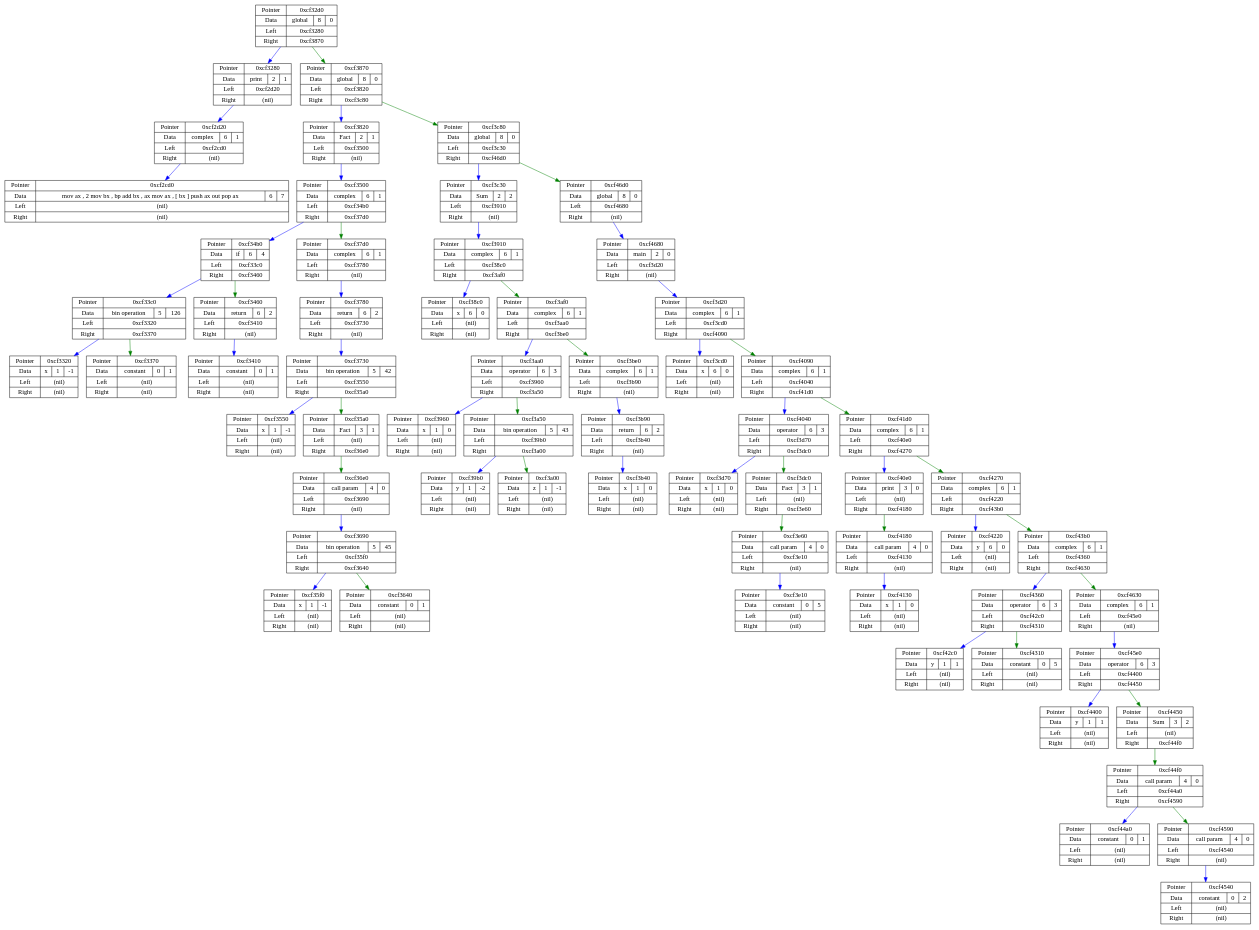
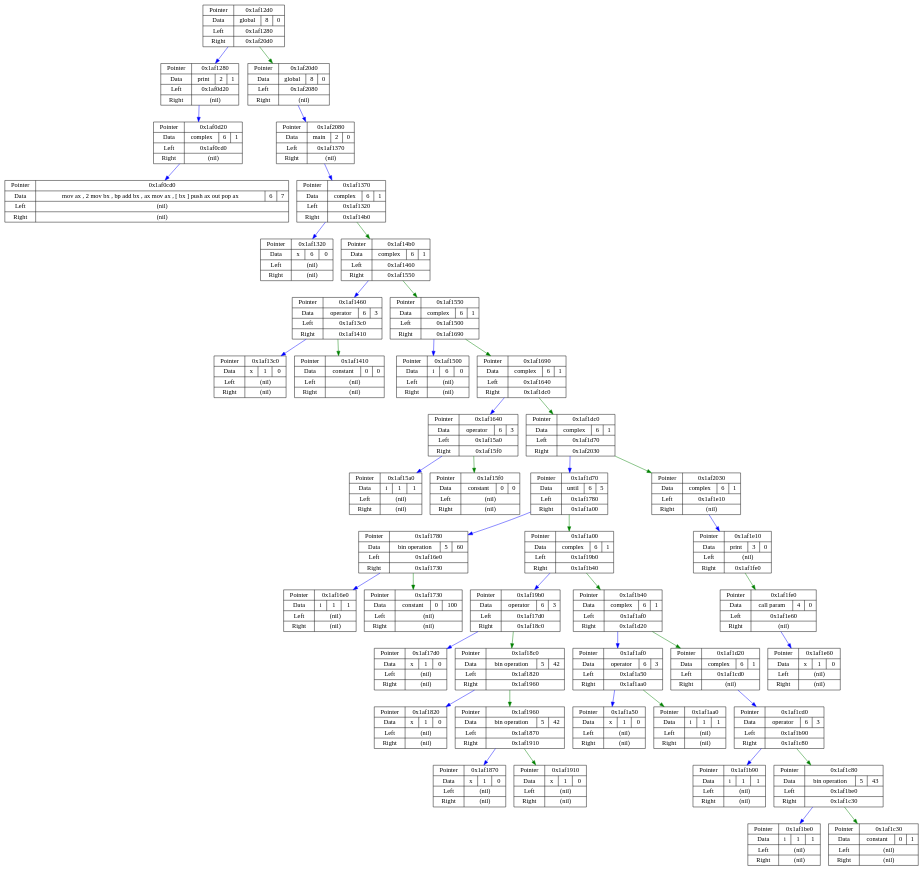
Before and after one commit to E3798211/JIT: the diagram in Junk/dotdata.dot, drawn with Graphviz. The commit also changed 6 other files, not shown here.

```diff
--- a/Junk/dotdata.dot
+++ b/Junk/dotdata.dot
@@ -1,134 +1,98 @@
 digraph G {
 node[shape = record];
-13578960  [label = "{ Pointer | Data | Left | Right }  | { 0xcf32d0 | { global | 8 | 0 } | 0xcf3280 | 0xcf3870 }"];
-13578880  [label = "{ Pointer | Data | Left | Right }  | { 0xcf3280 | { print | 2 | 1 } | 0xcf2d20 | (nil) }"];
-13577504  [label = "{ Pointer | Data | Left | Right }  | { 0xcf2d20 | { complex | 6 | 1 } | 0xcf2cd0 | (nil) }"];
-13577424  [label = "{ Pointer | Data | Left | Right }  | { 0xcf2cd0 | { mov  ax , 2
+28250832  [label = "{ Pointer | Data | Left | Right }  | { 0x1af12d0 | { global | 8 | 0 } | 0x1af1280 | 0x1af20d0 }"];
+28250752  [label = "{ Pointer | Data | Left | Right }  | { 0x1af1280 | { print | 2 | 1 } | 0x1af0d20 | (nil) }"];
+28249376  [label = "{ Pointer | Data | Left | Right }  | { 0x1af0d20 | { complex | 6 | 1 } | 0x1af0cd0 | (nil) }"];
+28249296  [label = "{ Pointer | Data | Left | Right }  | { 0x1af0cd0 | { mov  ax , 2
 	 mov  bx , bp
 	 add  bx , ax
 	 mov  ax , [ bx ]
 	 push ax
 	 out
 	 pop  ax | 6 | 7 } | (nil) | (nil) }"];
-13580400  [label = "{ Pointer | Data | Left | Right }  | { 0xcf3870 | { global | 8 | 0 } | 0xcf3820 | 0xcf3c80 }"];
-13580320  [label = "{ Pointer | Data | Left | Right }  | { 0xcf3820 | { Fact | 2 | 1 } | 0xcf3500 | (nil) }"];
-13579520  [label = "{ Pointer | Data | Left | Right }  | { 0xcf3500 | { complex | 6 | 1 } | 0xcf34b0 | 0xcf37d0 }"];
-13579440  [label = "{ Pointer | Data | Left | Right }  | { 0xcf34b0 | { if | 6 | 4 } | 0xcf33c0 | 0xcf3460 }"];
-13579200  [label = "{ Pointer | Data | Left | Right }  | { 0xcf33c0 | { bin operation | 5 | 126 } | 0xcf3320 | 0xcf3370 }"];
-13579040  [label = "{ Pointer | Data | Left | Right }  | { 0xcf3320 | { x | 1 | -1 } | (nil) | (nil) }"];
-13579120  [label = "{ Pointer | Data | Left | Right }  | { 0xcf3370 | { constant | 0 | 1 } | (nil) | (nil) }"];
-13579360  [label = "{ Pointer | Data | Left | Right }  | { 0xcf3460 | { return | 6 | 2 } | 0xcf3410 | (nil) }"];
-13579280  [label = "{ Pointer | Data | Left | Right }  | { 0xcf3410 | { constant | 0 | 1 } | (nil) | (nil) }"];
-13580240  [label = "{ Pointer | Data | Left | Right }  | { 0xcf37d0 | { complex | 6 | 1 } | 0xcf3780 | (nil) }"];
-13580160  [label = "{ Pointer | Data | Left | Right }  | { 0xcf3780 | { return | 6 | 2 } | 0xcf3730 | (nil) }"];
-13580080  [label = "{ Pointer | Data | Left | Right }  | { 0xcf3730 | { bin operation | 5 | 42 } | 0xcf3550 | 0xcf35a0 }"];
-13579600  [label = "{ Pointer | Data | Left | Right }  | { 0xcf3550 | { x | 1 | -1 } | (nil) | (nil) }"];
-13579680  [label = "{ Pointer | Data | Left | Right }  | { 0xcf35a0 | { Fact | 3 | 1 } | (nil) | 0xcf36e0 }"];
-13580000  [label = "{ Pointer | Data | Left | Right }  | { 0xcf36e0 | { call param | 4 | 0 } | 0xcf3690 | (nil) }"];
-13579920  [label = "{ Pointer | Data | Left | Right }  | { 0xcf3690 | { bin operation | 5 | 45 } | 0xcf35f0 | 0xcf3640 }"];
-13579760  [label = "{ Pointer | Data | Left | Right }  | { 0xcf35f0 | { x | 1 | -1 } | (nil) | (nil) }"];
-13579840  [label = "{ Pointer | Data | Left | Right }  | { 0xcf3640 | { constant | 0 | 1 } | (nil) | (nil) }"];
-13581440  [label = "{ Pointer | Data | Left | Right }  | { 0xcf3c80 | { global | 8 | 0 } | 0xcf3c30 | 0xcf46d0 }"];
-13581360  [label = "{ Pointer | Data | Left | Right }  | { 0xcf3c30 | { Sum | 2 | 2 } | 0xcf3910 | (nil) }"];
-13580560  [label = "{ Pointer | Data | Left | Right }  | { 0xcf3910 | { complex | 6 | 1 } | 0xcf38c0 | 0xcf3af0 }"];
-13580480  [label = "{ Pointer | Data | Left | Right }  | { 0xcf38c0 | { x | 6 | 0 } | (nil) | (nil) }"];
-13581040  [label = "{ Pointer | Data | Left | Right }  | { 0xcf3af0 | { complex | 6 | 1 } | 0xcf3aa0 | 0xcf3be0 }"];
-13580960  [label = "{ Pointer | Data | Left | Right }  | { 0xcf3aa0 | { operator | 6 | 3 } | 0xcf3960 | 0xcf3a50 }"];
-13580640  [label = "{ Pointer | Data | Left | Right }  | { 0xcf3960 | { x | 1 | 0 } | (nil) | (nil) }"];
-13580880  [label = "{ Pointer | Data | Left | Right }  | { 0xcf3a50 | { bin operation | 5 | 43 } | 0xcf39b0 | 0xcf3a00 }"];
-13580720  [label = "{ Pointer | Data | Left | Right }  | { 0xcf39b0 | { y | 1 | -2 } | (nil) | (nil) }"];
-13580800  [label = "{ Pointer | Data | Left | Right }  | { 0xcf3a00 | { z | 1 | -1 } | (nil) | (nil) }"];
-13581280  [label = "{ Pointer | Data | Left | Right }  | { 0xcf3be0 | { complex | 6 | 1 } | 0xcf3b90 | (nil) }"];
-13581200  [label = "{ Pointer | Data | Left | Right }  | { 0xcf3b90 | { return | 6 | 2 } | 0xcf3b40 | (nil) }"];
-13581120  [label = "{ Pointer | Data | Left | Right }  | { 0xcf3b40 | { x | 1 | 0 } | (nil) | (nil) }"];
-13584080  [label = "{ Pointer | Data | Left | Right }  | { 0xcf46d0 | { global | 8 | 0 } | 0xcf4680 | (nil) }"];
-13584000  [label = "{ Pointer | Data | Left | Right }  | { 0xcf4680 | { main | 2 | 0 } | 0xcf3d20 | (nil) }"];
-13581600  [label = "{ Pointer | Data | Left | Right }  | { 0xcf3d20 | { complex | 6 | 1 } | 0xcf3cd0 | 0xcf4090 }"];
-13581520  [label = "{ Pointer | Data | Left | Right }  | { 0xcf3cd0 | { x | 6 | 0 } | (nil) | (nil) }"];
-13582480  [label = "{ Pointer | Data | Left | Right }  | { 0xcf4090 | { complex | 6 | 1 } | 0xcf4040 | 0xcf41d0 }"];
-13582400  [label = "{ Pointer | Data | Left | Right }  | { 0xcf4040 | { operator | 6 | 3 } | 0xcf3d70 | 0xcf3dc0 }"];
-13581680  [label = "{ Pointer | Data | Left | Right }  | { 0xcf3d70 | { x | 1 | 0 } | (nil) | (nil) }"];
-13581760  [label = "{ Pointer | Data | Left | Right }  | { 0xcf3dc0 | { Fact | 3 | 1 } | (nil) | 0xcf3e60 }"];
-13581920  [label = "{ Pointer | Data | Left | Right }  | { 0xcf3e60 | { call param | 4 | 0 } | 0xcf3e10 | (nil) }"];
-13581840  [label = "{ Pointer | Data | Left | Right }  | { 0xcf3e10 | { constant | 0 | 5 } | (nil) | (nil) }"];
-13582800  [label = "{ Pointer | Data | Left | Right }  | { 0xcf41d0 | { complex | 6 | 1 } | 0xcf40e0 | 0xcf4270 }"];
-13582560  [label = "{ Pointer | Data | Left | Right }  | { 0xcf40e0 | { print | 3 | 0 } | (nil) | 0xcf4180 }"];
-13582720  [label = "{ Pointer | Data | Left | Right }  | { 0xcf4180 | { call param | 4 | 0 } | 0xcf4130 | (nil) }"];
-13582640  [label = "{ Pointer | Data | Left | Right }  | { 0xcf4130 | { x | 1 | 0 } | (nil) | (nil) }"];
-13582960  [label = "{ Pointer | Data | Left | Right }  | { 0xcf4270 | { complex | 6 | 1 } | 0xcf4220 | 0xcf43b0 }"];
-13582880  [label = "{ Pointer | Data | Left | Right }  | { 0xcf4220 | { y | 6 | 0 } | (nil) | (nil) }"];
-13583280  [label = "{ Pointer | Data | Left | Right }  | { 0xcf43b0 | { complex | 6 | 1 } | 0xcf4360 | 0xcf4630 }"];
-13583200  [label = "{ Pointer | Data | Left | Right }  | { 0xcf4360 | { operator | 6 | 3 } | 0xcf42c0 | 0xcf4310 }"];
-13583040  [label = "{ Pointer | Data | Left | Right }  | { 0xcf42c0 | { y | 1 | 1 } | (nil) | (nil) }"];
-13583120  [label = "{ Pointer | Data | Left | Right }  | { 0xcf4310 | { constant | 0 | 5 } | (nil) | (nil) }"];
-13583920  [label = "{ Pointer | Data | Left | Right }  | { 0xcf4630 | { complex | 6 | 1 } | 0xcf45e0 | (nil) }"];
-13583840  [label = "{ Pointer | Data | Left | Right }  | { 0xcf45e0 | { operator | 6 | 3 } | 0xcf4400 | 0xcf4450 }"];
-13583360  [label = "{ Pointer | Data | Left | Right }  | { 0xcf4400 | { y | 1 | 1 } | (nil) | (nil) }"];
-13583440  [label = "{ Pointer | Data | Left | Right }  | { 0xcf4450 | { Sum | 3 | 2 } | (nil) | 0xcf44f0 }"];
-13583600  [label = "{ Pointer | Data | Left | Right }  | { 0xcf44f0 | { call param | 4 | 0 } | 0xcf44a0 | 0xcf4590 }"];
-13583520  [label = "{ Pointer | Data | Left | Right }  | { 0xcf44a0 | { constant | 0 | 1 } | (nil) | (nil) }"];
-13583760  [label = "{ Pointer | Data | Left | Right }  | { 0xcf4590 | { call param | 4 | 0 } | 0xcf4540 | (nil) }"];
-13583680  [label = "{ Pointer | Data | Left | Right }  | { 0xcf4540 | { constant | 0 | 2 } | (nil) | (nil) }"];
-13578960 -> 13578880 [color = blue];
-13578960 -> 13580400 [color = green];
-13578880 -> 13577504 [color = blue];
-13577504 -> 13577424 [color = blue];
-13580400 -> 13580320 [color = blue];
-13580400 -> 13581440 [color = green];
-13580320 -> 13579520 [color = blue];
-13579520 -> 13579440 [color = blue];
-13579520 -> 13580240 [color = green];
-13579440 -> 13579200 [color = blue];
-13579440 -> 13579360 [color = green];
-13579200 -> 13579040 [color = blue];
-13579200 -> 13579120 [color = green];
-13579360 -> 13579280 [color = blue];
-13580240 -> 13580160 [color = blue];
-13580160 -> 13580080 [color = blue];
-13580080 -> 13579600 [color = blue];
-13580080 -> 13579680 [color = green];
-13579680 -> 13580000 [color = green];
-13580000 -> 13579920 [color = blue];
-13579920 -> 13579760 [color = blue];
-13579920 -> 13579840 [color = green];
-13581440 -> 13581360 [color = blue];
-13581440 -> 13584080 [color = green];
-13581360 -> 13580560 [color = blue];
-13580560 -> 13580480 [color = blue];
-13580560 -> 13581040 [color = green];
-13581040 -> 13580960 [color = blue];
-13581040 -> 13581280 [color = green];
-13580960 -> 13580640 [color = blue];
-13580960 -> 13580880 [color = green];
-13580880 -> 13580720 [color = blue];
-13580880 -> 13580800 [color = green];
-13581280 -> 13581200 [color = blue];
-13581200 -> 13581120 [color = blue];
-13584080 -> 13584000 [color = blue];
-13584000 -> 13581600 [color = blue];
-13581600 -> 13581520 [color = blue];
-13581600 -> 13582480 [color = green];
-13582480 -> 13582400 [color = blue];
-13582480 -> 13582800 [color = green];
-13582400 -> 13581680 [color = blue];
-13582400 -> 13581760 [color = green];
-13581760 -> 13581920 [color = green];
-13581920 -> 13581840 [color = blue];
-13582800 -> 13582560 [color = blue];
-13582800 -> 13582960 [color = green];
-13582560 -> 13582720 [color = green];
-13582720 -> 13582640 [color = blue];
-13582960 -> 13582880 [color = blue];
-13582960 -> 13583280 [color = green];
-13583280 -> 13583200 [color = blue];
-13583280 -> 13583920 [color = green];
-13583200 -> 13583040 [color = blue];
-13583200 -> 13583120 [color = green];
-13583920 -> 13583840 [color = blue];
-13583840 -> 13583360 [color = blue];
-13583840 -> 13583440 [color = green];
-13583440 -> 13583600 [color = green];
-13583600 -> 13583520 [color = blue];
-13583600 -> 13583760 [color = green];
-13583760 -> 13583680 [color = blue];
+28254416  [label = "{ Pointer | Data | Left | Right }  | { 0x1af20d0 | { global | 8 | 0 } | 0x1af2080 | (nil) }"];
+28254336  [label = "{ Pointer | Data | Left | Right }  | { 0x1af2080 | { main | 2 | 0 } | 0x1af1370 | (nil) }"];
+28250992  [label = "{ Pointer | Data | Left | Right }  | { 0x1af1370 | { complex | 6 | 1 } | 0x1af1320 | 0x1af14b0 }"];
+28250912  [label = "{ Pointer | Data | Left | Right }  | { 0x1af1320 | { x | 6 | 0 } | (nil) | (nil) }"];
+28251312  [label = "{ Pointer | Data | Left | Right }  | { 0x1af14b0 | { complex | 6 | 1 } | 0x1af1460 | 0x1af1550 }"];
+28251232  [label = "{ Pointer | Data | Left | Right }  | { 0x1af1460 | { operator | 6 | 3 } | 0x1af13c0 | 0x1af1410 }"];
+28251072  [label = "{ Pointer | Data | Left | Right }  | { 0x1af13c0 | { x | 1 | 0 } | (nil) | (nil) }"];
+28251152  [label = "{ Pointer | Data | Left | Right }  | { 0x1af1410 | { constant | 0 | 0 } | (nil) | (nil) }"];
+28251472  [label = "{ Pointer | Data | Left | Right }  | { 0x1af1550 | { complex | 6 | 1 } | 0x1af1500 | 0x1af1690 }"];
+28251392  [label = "{ Pointer | Data | Left | Right }  | { 0x1af1500 | { i | 6 | 0 } | (nil) | (nil) }"];
+28251792  [label = "{ Pointer | Data | Left | Right }  | { 0x1af1690 | { complex | 6 | 1 } | 0x1af1640 | 0x1af1dc0 }"];
+28251712  [label = "{ Pointer | Data | Left | Right }  | { 0x1af1640 | { operator | 6 | 3 } | 0x1af15a0 | 0x1af15f0 }"];
+28251552  [label = "{ Pointer | Data | Left | Right }  | { 0x1af15a0 | { i | 1 | 1 } | (nil) | (nil) }"];
+28251632  [label = "{ Pointer | Data | Left | Right }  | { 0x1af15f0 | { constant | 0 | 0 } | (nil) | (nil) }"];
+28253632  [label = "{ Pointer | Data | Left | Right }  | { 0x1af1dc0 | { complex | 6 | 1 } | 0x1af1d70 | 0x1af2030 }"];
+28253552  [label = "{ Pointer | Data | Left | Right }  | { 0x1af1d70 | { until | 6 | 5 } | 0x1af1780 | 0x1af1a00 }"];
+28252032  [label = "{ Pointer | Data | Left | Right }  | { 0x1af1780 | { bin operation | 5 | 60 } | 0x1af16e0 | 0x1af1730 }"];
+28251872  [label = "{ Pointer | Data | Left | Right }  | { 0x1af16e0 | { i | 1 | 1 } | (nil) | (nil) }"];
+28251952  [label = "{ Pointer | Data | Left | Right }  | { 0x1af1730 | { constant | 0 | 100 } | (nil) | (nil) }"];
+28252672  [label = "{ Pointer | Data | Left | Right }  | { 0x1af1a00 | { complex | 6 | 1 } | 0x1af19b0 | 0x1af1b40 }"];
+28252592  [label = "{ Pointer | Data | Left | Right }  | { 0x1af19b0 | { operator | 6 | 3 } | 0x1af17d0 | 0x1af18c0 }"];
+28252112  [label = "{ Pointer | Data | Left | Right }  | { 0x1af17d0 | { x | 1 | 0 } | (nil) | (nil) }"];
+28252352  [label = "{ Pointer | Data | Left | Right }  | { 0x1af18c0 | { bin operation | 5 | 42 } | 0x1af1820 | 0x1af1960 }"];
+28252192  [label = "{ Pointer | Data | Left | Right }  | { 0x1af1820 | { x | 1 | 0 } | (nil) | (nil) }"];
+28252512  [label = "{ Pointer | Data | Left | Right }  | { 0x1af1960 | { bin operation | 5 | 42 } | 0x1af1870 | 0x1af1910 }"];
+28252272  [label = "{ Pointer | Data | Left | Right }  | { 0x1af1870 | { x | 1 | 0 } | (nil) | (nil) }"];
+28252432  [label = "{ Pointer | Data | Left | Right }  | { 0x1af1910 | { x | 1 | 0 } | (nil) | (nil) }"];
+28252992  [label = "{ Pointer | Data | Left | Right }  | { 0x1af1b40 | { complex | 6 | 1 } | 0x1af1af0 | 0x1af1d20 }"];
+28252912  [label = "{ Pointer | Data | Left | Right }  | { 0x1af1af0 | { operator | 6 | 3 } | 0x1af1a50 | 0x1af1aa0 }"];
+28252752  [label = "{ Pointer | Data | Left | Right }  | { 0x1af1a50 | { x | 1 | 0 } | (nil) | (nil) }"];
+28252832  [label = "{ Pointer | Data | Left | Right }  | { 0x1af1aa0 | { i | 1 | 1 } | (nil) | (nil) }"];
+28253472  [label = "{ Pointer | Data | Left | Right }  | { 0x1af1d20 | { complex | 6 | 1 } | 0x1af1cd0 | (nil) }"];
+28253392  [label = "{ Pointer | Data | Left | Right }  | { 0x1af1cd0 | { operator | 6 | 3 } | 0x1af1b90 | 0x1af1c80 }"];
+28253072  [label = "{ Pointer | Data | Left | Right }  | { 0x1af1b90 | { i | 1 | 1 } | (nil) | (nil) }"];
+28253312  [label = "{ Pointer | Data | Left | Right }  | { 0x1af1c80 | { bin operation | 5 | 43 } | 0x1af1be0 | 0x1af1c30 }"];
+28253152  [label = "{ Pointer | Data | Left | Right }  | { 0x1af1be0 | { i | 1 | 1 } | (nil) | (nil) }"];
+28253232  [label = "{ Pointer | Data | Left | Right }  | { 0x1af1c30 | { constant | 0 | 1 } | (nil) | (nil) }"];
+28254256  [label = "{ Pointer | Data | Left | Right }  | { 0x1af2030 | { complex | 6 | 1 } | 0x1af1e10 | (nil) }"];
+28253712  [label = "{ Pointer | Data | Left | Right }  | { 0x1af1e10 | { print | 3 | 0 } | (nil) | 0x1af1fe0 }"];
+28254176  [label = "{ Pointer | Data | Left | Right }  | { 0x1af1fe0 | { call param | 4 | 0 } | 0x1af1e60 | (nil) }"];
+28253792  [label = "{ Pointer | Data | Left | Right }  | { 0x1af1e60 | { x | 1 | 0 } | (nil) | (nil) }"];
+28250832 -> 28250752 [color = blue];
+28250832 -> 28254416 [color = green];
+28250752 -> 28249376 [color = blue];
+28249376 -> 28249296 [color = blue];
+28254416 -> 28254336 [color = blue];
+28254336 -> 28250992 [color = blue];
+28250992 -> 28250912 [color = blue];
+28250992 -> 28251312 [color = green];
+28251312 -> 28251232 [color = blue];
+28251312 -> 28251472 [color = green];
+28251232 -> 28251072 [color = blue];
+28251232 -> 28251152 [color = green];
+28251472 -> 28251392 [color = blue];
+28251472 -> 28251792 [color = green];
+28251792 -> 28251712 [color = blue];
+28251792 -> 28253632 [color = green];
+28251712 -> 28251552 [color = blue];
+28251712 -> 28251632 [color = green];
+28253632 -> 28253552 [color = blue];
+28253632 -> 28254256 [color = green];
+28253552 -> 28252032 [color = blue];
+28253552 -> 28252672 [color = green];
+28252032 -> 28251872 [color = blue];
+28252032 -> 28251952 [color = green];
+28252672 -> 28252592 [color = blue];
+28252672 -> 28252992 [color = green];
+28252592 -> 28252112 [color = blue];
+28252592 -> 28252352 [color = green];
+28252352 -> 28252192 [color = blue];
+28252352 -> 28252512 [color = green];
+28252512 -> 28252272 [color = blue];
+28252512 -> 28252432 [color = green];
+28252992 -> 28252912 [color = blue];
+28252992 -> 28253472 [color = green];
+28252912 -> 28252752 [color = blue];
+28252912 -> 28252832 [color = green];
+28253472 -> 28253392 [color = blue];
+28253392 -> 28253072 [color = blue];
+28253392 -> 28253312 [color = green];
+28253312 -> 28253152 [color = blue];
+28253312 -> 28253232 [color = green];
+28254256 -> 28253712 [color = blue];
+28253712 -> 28254176 [color = green];
+28254176 -> 28253792 [color = blue];
 }
```
